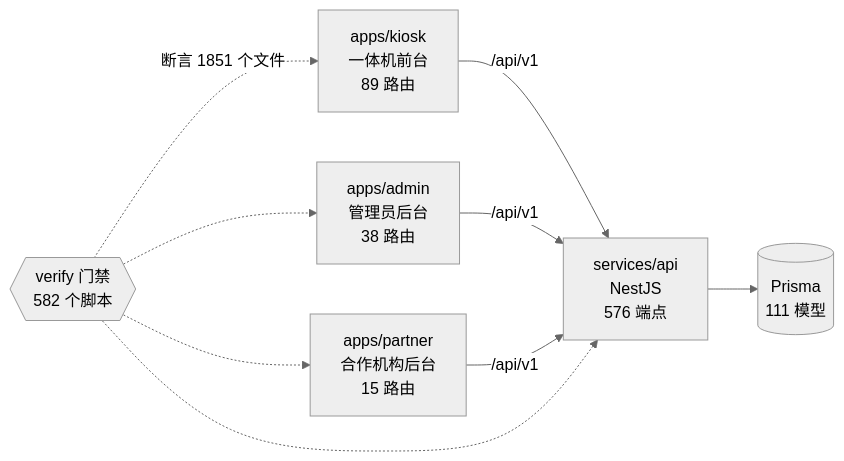
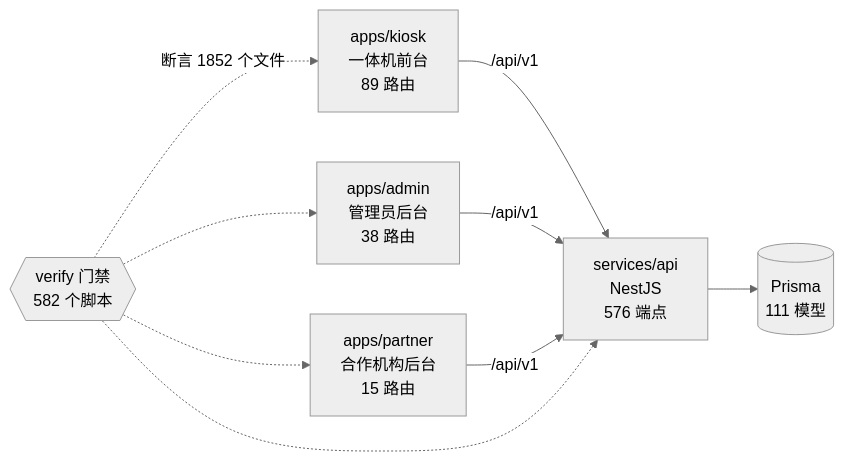
The diagram in docs/graph/README.md (wanglei581/YITIJI), drawn with Mermaid (neutral theme) before and after one commit. The commit also changed other lines of this file and 3 other files, not shown here.

Commit message:
docs(progress): 记取件未确认 / 部分出纸自助出路；重生图谱

````diff
--- a/docs/graph/README.md
+++ b/docs/graph/README.md
@@ -68,18 +68,18 @@
 ```mermaid
 flowchart LR
   kiosk["apps/kiosk<br/>一体机前台<br/>89 路由"]
   admin["apps/admin<br/>管理员后台<br/>38 路由"]
   partner["apps/partner<br/>合作机构后台<br/>15 路由"]
   api["services/api<br/>NestJS<br/>576 端点"]
   db[("Prisma<br/>111 模型")]
   gates{{"verify 门禁<br/>582 个脚本"}}
 
   kiosk -->|"/api/v1"| api
   admin -->|"/api/v1"| api
   partner -->|"/api/v1"| api
   api --> db
-  gates -.->|"断言 1851 个文件"| kiosk
+  gates -.->|"断言 1852 个文件"| kiosk
   gates -.-> admin
   gates -.-> partner
   gates -.-> api
 ```
````
